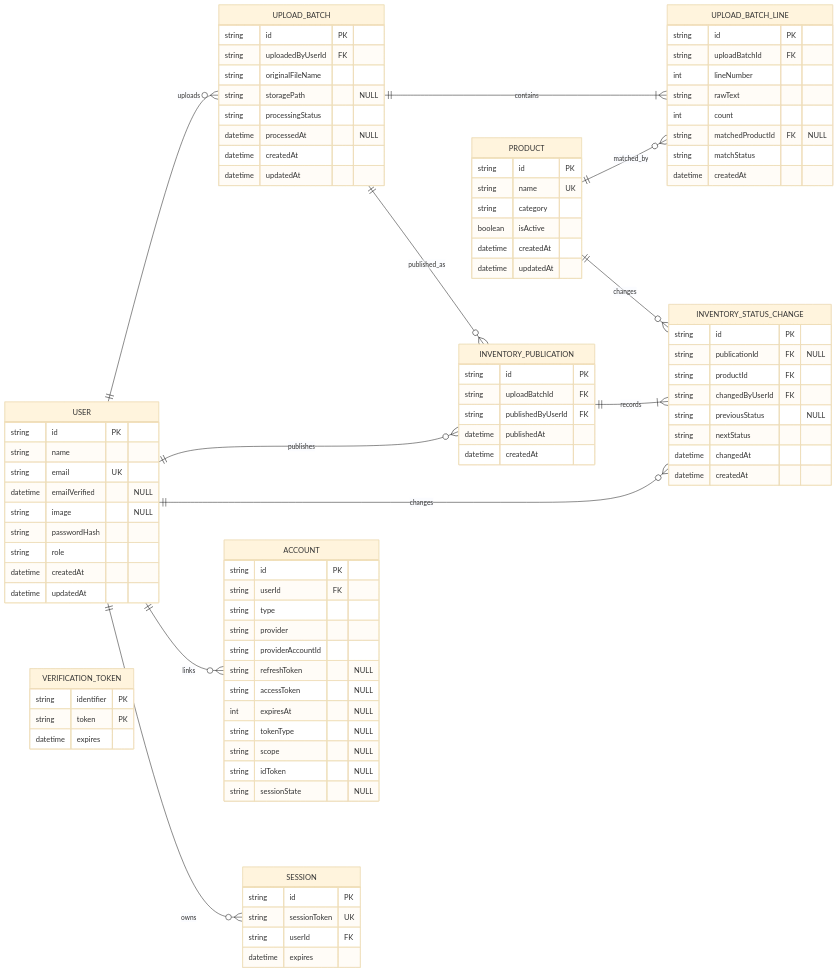
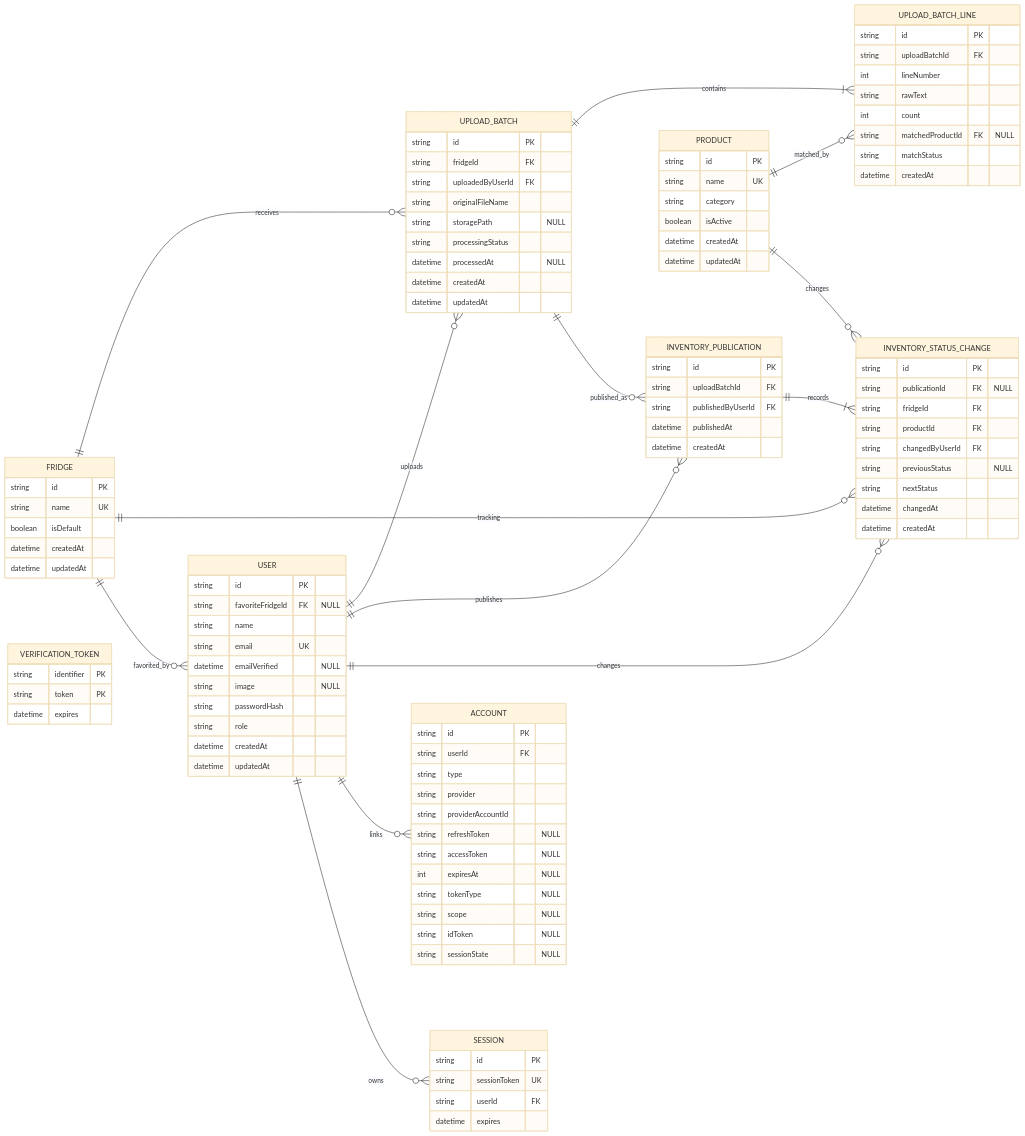
The diagram in docs/architecture/data_model.md (KotaOgawa221015/pan-for-play), drawn with Mermaid (base theme) before and after one commit. The commit also changed other lines of this file, not shown here.

Commit message:
docs: update data model architecture documentation

```diff
--- a/docs/architecture/data_model.md
+++ b/docs/architecture/data_model.md
@@ -18,12 +19,24 @@
     USER ||--o{ ACCOUNT : links
     USER ||--o{ SESSION : owns
 
+    FRIDGE ||--o{ UPLOAD_BATCH : receives
+    FRIDGE ||--o{ INVENTORY_STATUS_CHANGE : tracking
+    FRIDGE ||--o{ USER : favorited_by
+
     PRODUCT ||--o{ UPLOAD_BATCH_LINE : matched_by
     PRODUCT ||--o{ INVENTORY_STATUS_CHANGE : changes
 
     UPLOAD_BATCH ||--|{ UPLOAD_BATCH_LINE : contains
     UPLOAD_BATCH ||--o{ INVENTORY_PUBLICATION : published_as
     INVENTORY_PUBLICATION ||--|{ INVENTORY_STATUS_CHANGE : records
+
+    FRIDGE {
+        string id PK
+        string name UK
+        boolean isDefault
+        datetime createdAt
+        datetime updatedAt
+    }
 
     PRODUCT {
         string id PK
@@ -36,6 +49,7 @@
 
     USER {
         string id PK
+        string favoriteFridgeId FK "NULL"
         string name
         string email UK
         datetime emailVerified "NULL"
@@ -76,6 +90,7 @@
 
     UPLOAD_BATCH {
         string id PK
+        string fridgeId FK
         string uploadedByUserId FK
         string originalFileName
         string storagePath "NULL"
@@ -107,6 +122,7 @@
     INVENTORY_STATUS_CHANGE {
         string id PK
         string publicationId FK "NULL"
+        string fridgeId FK
         string productId FK
         string changedByUserId FK
         string previousStatus "NULL"
```
